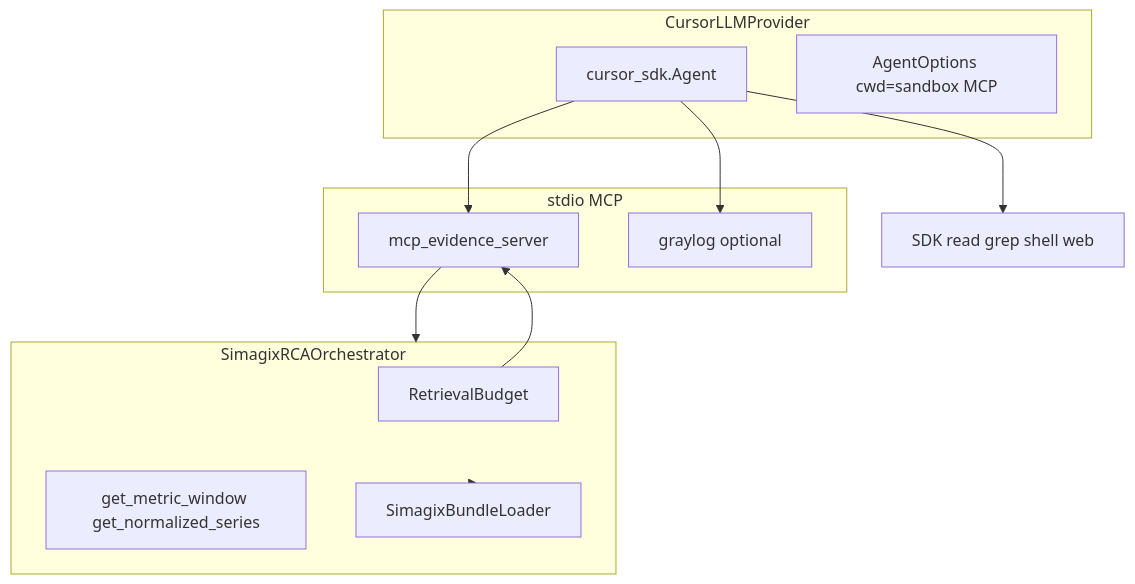
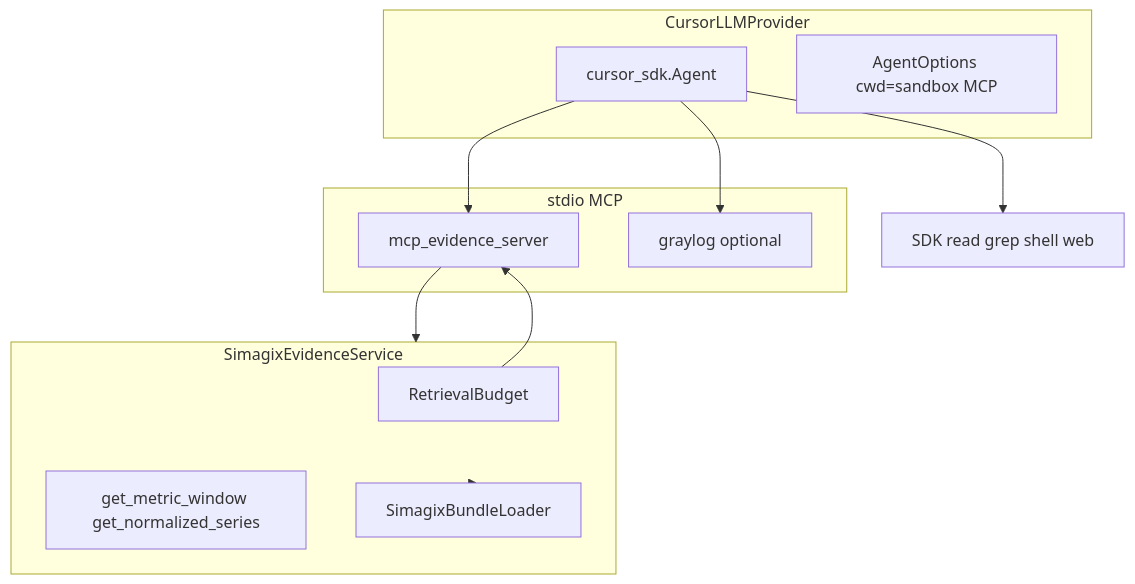
Before and after one commit to Prateek-Agarwal2006/Mongo-Debugger: the fifth of 7 diagrams in docs/ARCHITECTURE.md, drawn with Mermaid. The commit also changed other lines of this file and 90 other files, not shown here.

````diff
--- a/docs/ARCHITECTURE.md
+++ b/docs/ARCHITECTURE.md
@@ -220,25 +220,25 @@
 ```mermaid
 flowchart TB
   subgraph cursor [CursorLLMProvider]
     AgentNode["cursor_sdk.Agent"]
     Options["AgentOptions cwd=sandbox MCP"]
   end
 
   subgraph mcp [stdio MCP]
     Evidence["mcp_evidence_server"]
     Graylog["graylog optional"]
   end
 
-  subgraph orch [SimagixRCAOrchestrator]
+  subgraph orch [SimagixEvidenceService]
     Budget["RetrievalBudget"]
     Tools["get_metric_window get_normalized_series"]
     Bundle["SimagixBundleLoader"]
   end
 
   AgentNode --> Evidence
   AgentNode --> Graylog
   AgentNode --> LocalTools["SDK read grep shell web"]
   Evidence --> orch
   orch --> Bundle
   Budget --> Evidence
 ```
````
